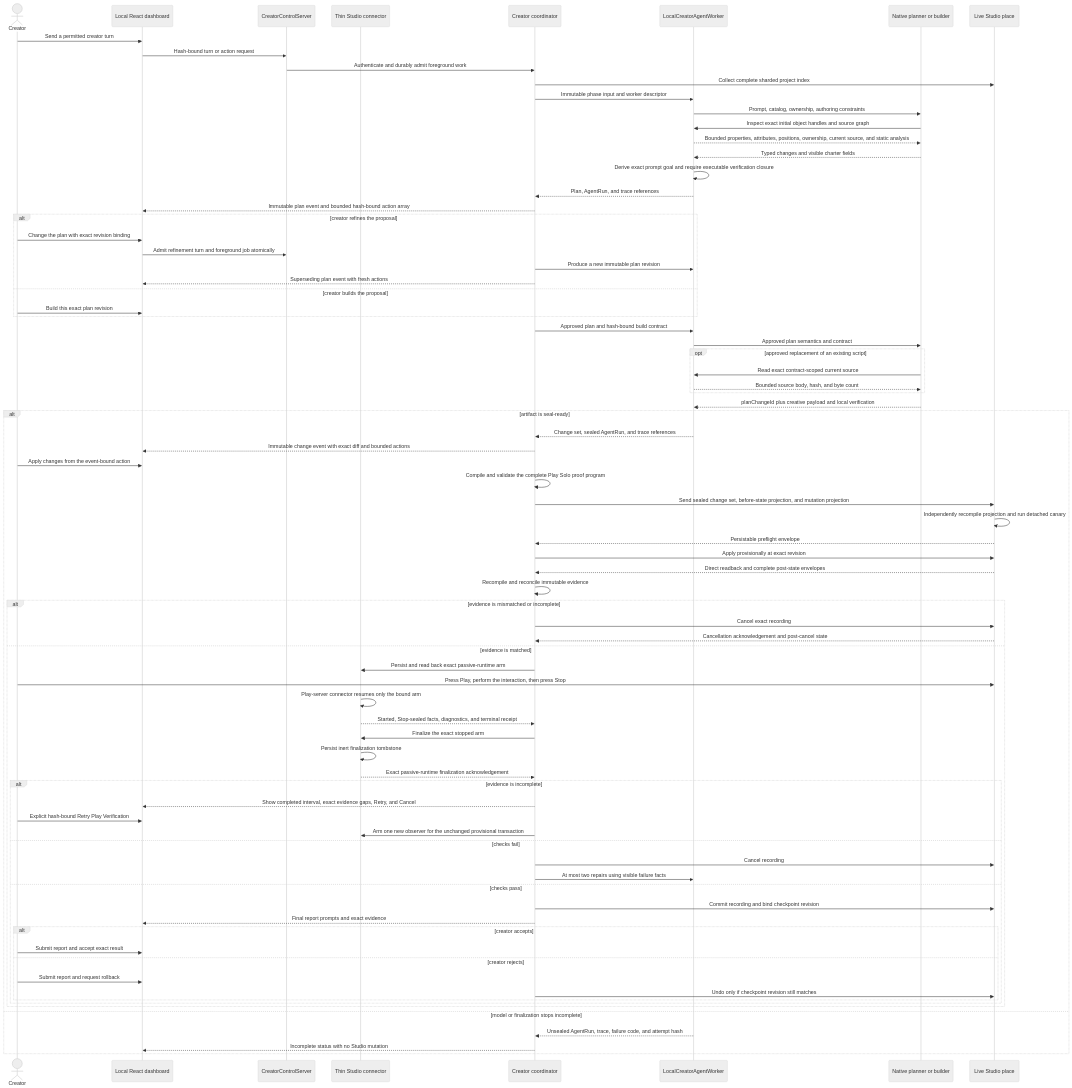
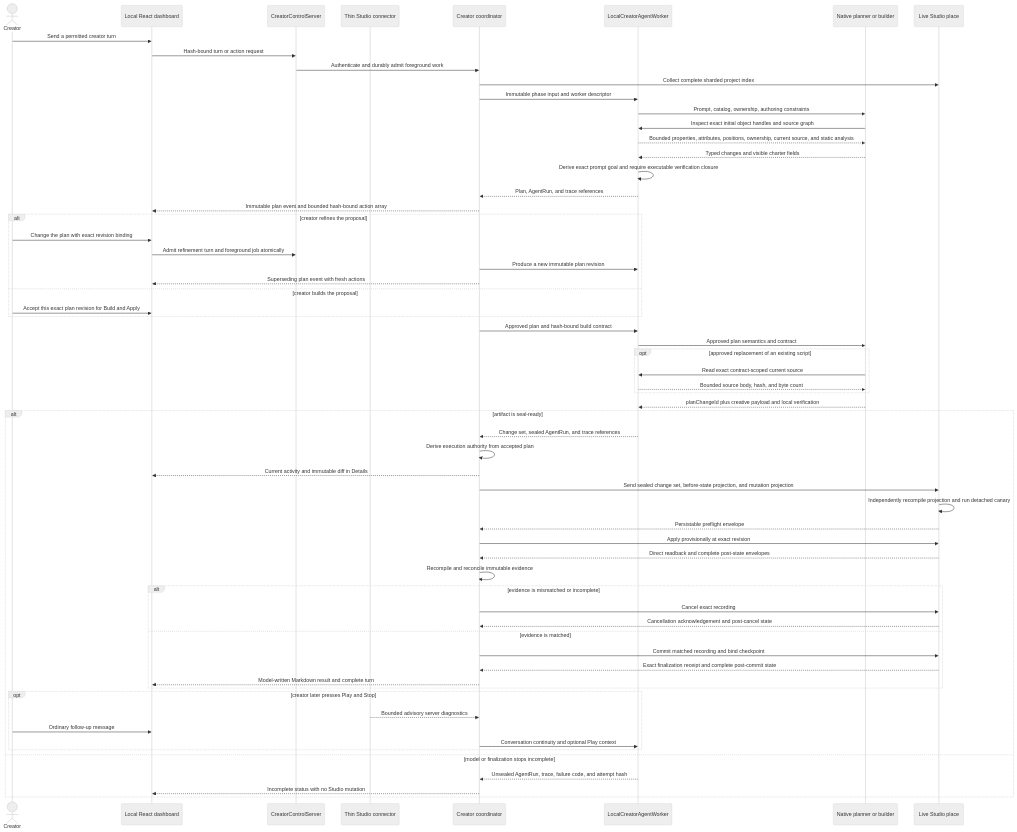
The second of 3 diagrams in docs/ARCHITECTURE.md (mawawdi/forge), drawn with Mermaid (neutral theme) before and after one commit. The commit also changed other lines of this file and 124 other files, not shown here.

```diff
--- a/docs/ARCHITECTURE.md
+++ b/docs/ARCHITECTURE.md
@@ -261,7 +480,7 @@
         Forge->>Worker: Produce a new immutable plan revision
         Forge-->>Dashboard: Superseding plan event with fresh actions
     else creator builds the proposal
-        Creator->>Dashboard: Build this exact plan revision
+        Creator->>Dashboard: Accept this exact plan revision for Build and Apply
     end
     Forge->>Worker: Approved plan and hash-bound build contract
     Worker->>Model: Approved plan semantics and contract
@@ -272,9 +491,8 @@
     Model-->>Worker: planChangeId plus creative payload and local verification
     alt artifact is seal-ready
         Worker-->>Forge: Change set, sealed AgentRun, and trace references
-        Forge-->>Dashboard: Immutable change event with exact diff and bounded actions
-        Creator->>Dashboard: Apply changes from the event-bound action
-        Forge->>Forge: Compile and validate the complete Play Solo proof program
+        Forge->>Forge: Derive execution authority from accepted plan
+        Forge-->>Dashboard: Current activity and immutable diff in Details
         Forge->>Studio: Send sealed change set, before-state projection, and mutation projection
         Studio->>Studio: Independently recompile projection and run detached canary
         Studio-->>Forge: Persistable preflight envelope
@@ -285,30 +503,14 @@
             Forge->>Studio: Cancel exact recording
             Studio-->>Forge: Cancellation acknowledgement and post-cancel state
         else evidence is matched
-        Forge->>Plugin: Persist and read back exact passive-runtime arm
-        Creator->>Studio: Press Play, perform the interaction, then press Stop
-        Plugin->>Plugin: Play-server connector resumes only the bound arm
-        Plugin-->>Forge: Started, Stop-sealed facts, diagnostics, and terminal receipt
-        Forge->>Plugin: Finalize the exact stopped arm
-        Plugin->>Plugin: Persist inert finalization tombstone
-        Plugin-->>Forge: Exact passive-runtime finalization acknowledgement
-        alt evidence is incomplete
-            Forge-->>Dashboard: Show completed interval, exact evidence gaps, Retry, and Cancel
-            Creator->>Dashboard: Explicit hash-bound Retry Play Verification
-            Forge->>Plugin: Arm one new observer for the unchanged provisional transaction
-        else checks fail
-            Forge->>Studio: Cancel recording
-            Forge->>Worker: At most two repairs using visible failure facts
-        else checks pass
-            Forge->>Studio: Commit recording and bind checkpoint revision
-            Forge-->>Dashboard: Final report prompts and exact evidence
-            alt creator accepts
-                Creator->>Dashboard: Submit report and accept exact result
-            else creator rejects
-                Creator->>Dashboard: Submit report and request rollback
-            Forge->>Studio: Undo only if checkpoint revision still matches
-            end
+            Forge->>Studio: Commit matched recording and bind checkpoint
+            Studio-->>Forge: Exact finalization receipt and complete post-commit state
+            Forge-->>Dashboard: Model-written Markdown result and complete turn
         end
+        opt creator later presses Play and Stop
+            Plugin-->>Forge: Bounded advisory server diagnostics
+            Creator->>Dashboard: Ordinary follow-up message
+            Forge->>Worker: Conversation continuity and optional Play context
         end
     else model or finalization stops incomplete
         Worker-->>Forge: Unsealed AgentRun, trace, failure code, and attempt hash
```
